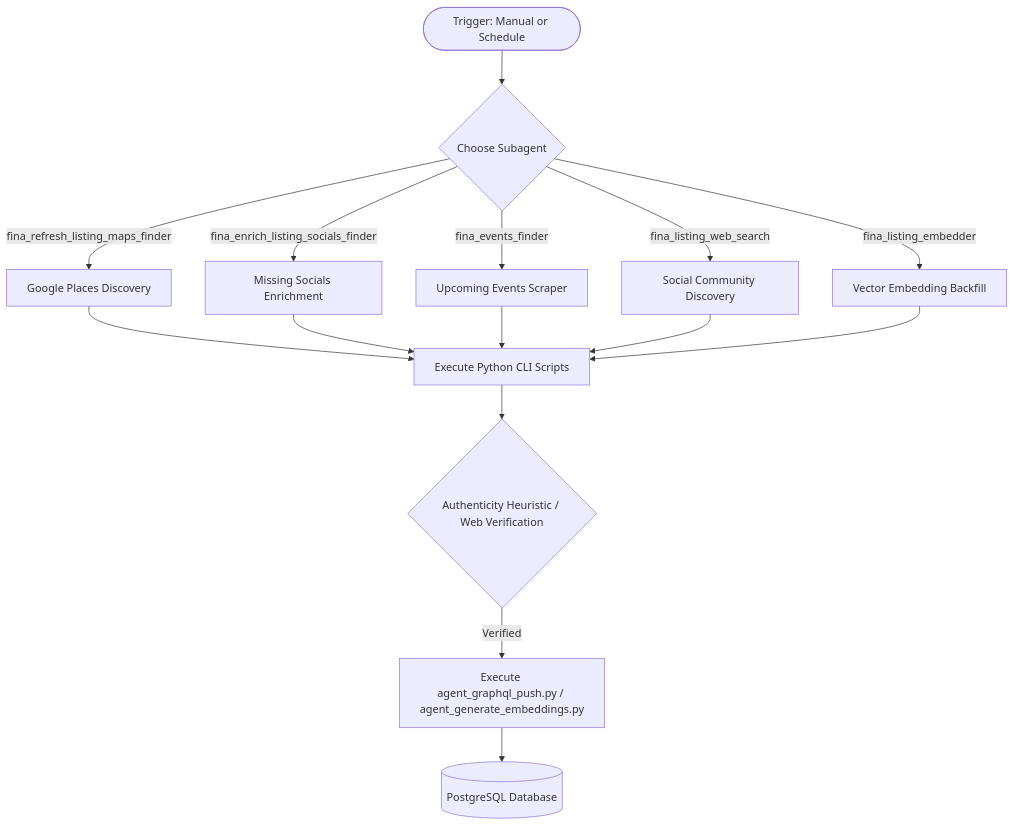
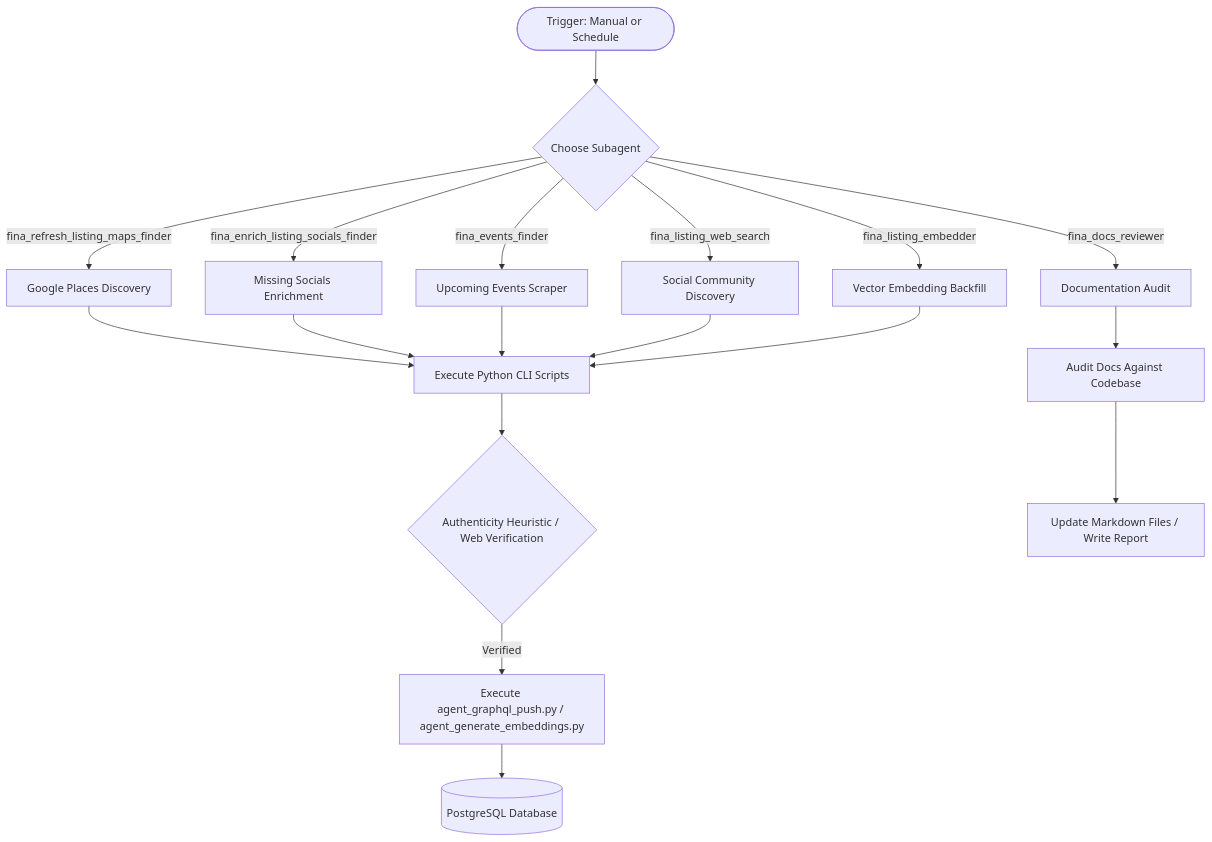
The diagram in AGENTS.md (deriveraryan/fina-agent), drawn with Mermaid before and after one commit. The commit also changed other lines of this file and 2 other files, not shown here.

Commit message:
docs: synchronize documentation with active codebase

````diff
--- a/AGENTS.md
+++ b/AGENTS.md
@@ -11,16 +11,19 @@
 ```mermaid
 flowchart TD
     Start(["Trigger: Manual or Schedule"]) --> AgentSelect{"Choose Subagent"}
     
     AgentSelect -->|fina_refresh_listing_maps_finder| PlacesFlow["Google Places Discovery"]
     AgentSelect -->|fina_enrich_listing_socials_finder| SocialsFlow["Missing Socials Enrichment"]
     AgentSelect -->|fina_events_finder| EventsFlow["Upcoming Events Scraper"]
     AgentSelect -->|fina_listing_web_search| CommFlow["Social Community Discovery"]
     AgentSelect -->|fina_listing_embedder| EmbedFlow["Vector Embedding Backfill"]
+    AgentSelect -->|fina_docs_reviewer| DocsFlow["Documentation Audit"]
 
     %% Shared logic
     PlacesFlow & SocialsFlow & EventsFlow & CommFlow & EmbedFlow --> PythonCLI["Execute Python CLI Scripts"]
     PythonCLI --> Verification{"Authenticity Heuristic / Web Verification"}
     Verification -->|Verified| GQLPush["Execute agent_graphql_push.py / agent_generate_embeddings.py"]
     GQLPush --> PostgreSQL[(PostgreSQL Database)]
+    DocsFlow --> AuditDocs["Audit Docs Against Codebase"]
+    AuditDocs --> UpdateDocs["Update Markdown Files / Write Report"]
 ```
````
